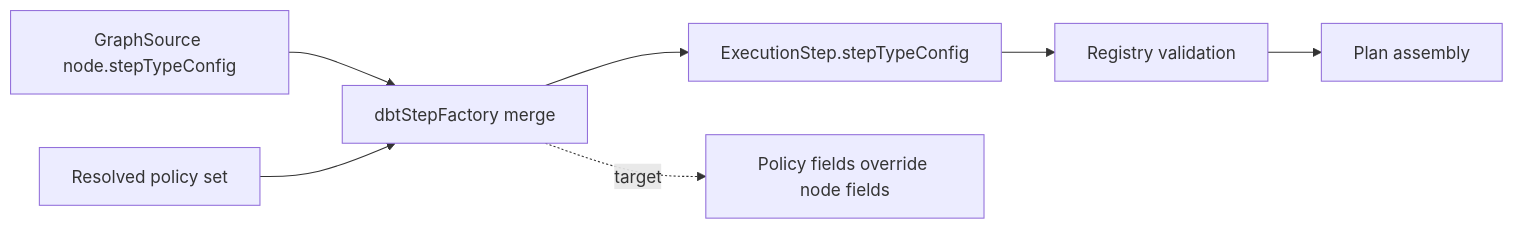
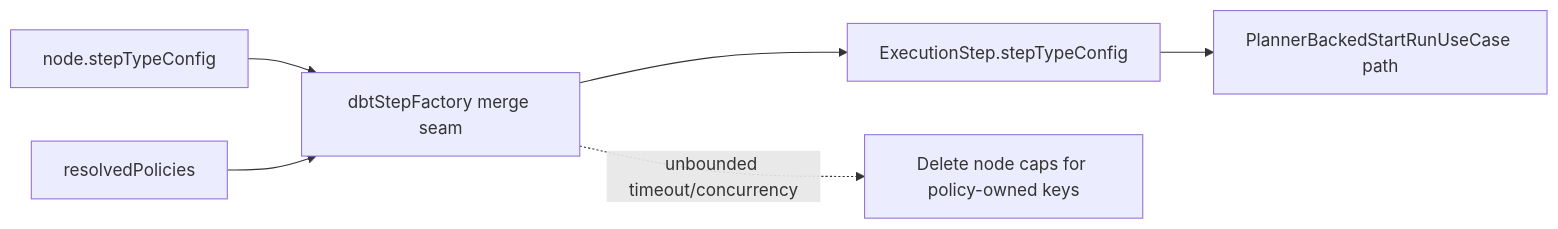
Before and after one commit to dunay2/dvt: the first of 2 diagrams in docs/planning/reviews/engine/20260405-mw-a2-policy-first-fowler-qa-review.md, drawn with Mermaid. The commit also changed other lines of this file and 6 other files, not shown here.

Commit message:
fix(planner): Enforce unbounded policy precedence in step config merge

````diff
--- a/docs/planning/reviews/engine/20260405-mw-a2-policy-first-fowler-qa-review.md
+++ b/docs/planning/reviews/engine/20260405-mw-a2-policy-first-fowler-qa-review.md
@@ -166,9 +231,8 @@
 ```mermaid
 flowchart LR
-  A["GraphSource node.stepTypeConfig"] --> M["dbtStepFactory merge"]
-  B["Resolved policy set"] --> M
-  M --> C["ExecutionStep.stepTypeConfig"]
-  C --> D["Registry validation"]
-  D --> E["Plan assembly"]
-  M -.target.-> T["Policy fields override node fields"]
+  Node["node.stepTypeConfig"] --> Merge["dbtStepFactory merge seam"]
+  Policy["resolvedPolicies"] --> Merge
+  Merge --> Step["ExecutionStep.stepTypeConfig"]
+  Step --> API["PlannerBackedStartRunUseCase path"]
+  Merge -.unbounded timeout/concurrency.-> Clear["Delete node caps for policy-owned keys"]
 ```
````
